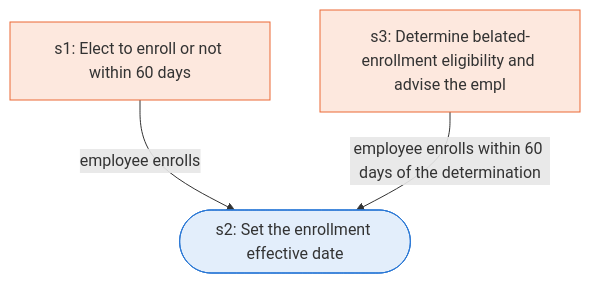
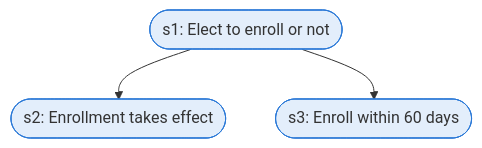
One commit to Jitesh-Mishra/sop-to-agent-workflows changed the diagram in docs/runbooks/onb_fehb_enrollment.md. Above: the diagram before and after it, drawn with Mermaid. The commit also changed other lines of this file and 172 other files, not shown here.

````diff
--- a/docs/runbooks/onb_fehb_enrollment.md
+++ b/docs/runbooks/onb_fehb_enrollment.md
@@ -7,12 +7,11 @@
 ```mermaid
 flowchart TD
-  s1["s1: Elect to enroll or not within 60 days"]
-  s2(["s2: Set the enrollment effective date"])
-  s3["s3: Determine belated-enrollment eligibility and advise the empl"]
-  s1 -->|employee enrolls| s2
-  s3 -->|employee enrolls within 60 days of the determination| s2
+  s1(["s1: Elect to enroll or not"])
+  s2(["s2: Enrollment takes effect"])
+  s3(["s3: Enroll within 60 days"])
+  s1 --> s2
+  s1 --> s3
   classDef agent fill:#e3eefb,stroke:#2a78d6
   classDef human fill:#fde8de,stroke:#eb6834
-  class s2 agent
-  class s1,s3 human
+  class s1,s2,s3 agent
 ```
````
